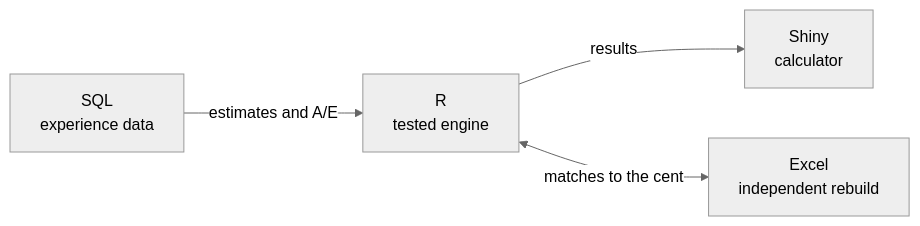
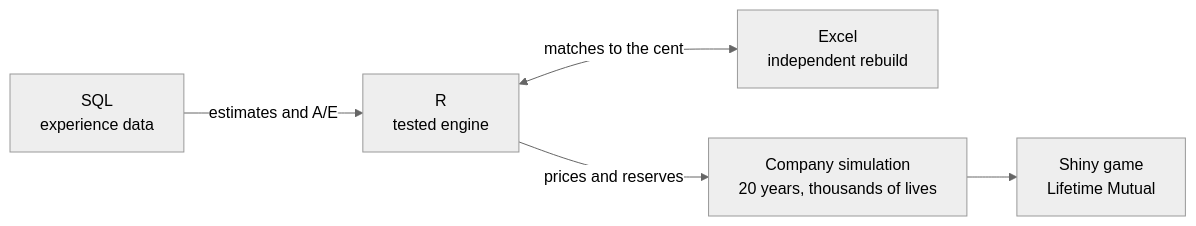
The diagram in README.md (soodpratham10/odds-of-a-lifetime), drawn with Mermaid (neutral theme) before and after one commit. The commit also changed other lines of this file and 6 other files, not shown here.

````diff
--- a/README.md
+++ b/README.md
@@ -39,6 +54,7 @@
 ```mermaid
 flowchart LR
     SQL["SQL<br/>experience data"] -->|"estimates and A/E"| R["R<br/>tested engine"]
-    R -->|"results"| APP["Shiny<br/>calculator"]
     R <-->|"matches to the cent"| XL["Excel<br/>independent rebuild"]
+    R -->|"prices and reserves"| SIM["Company simulation<br/>20 years, thousands of lives"]
+    SIM --> GAME["Shiny game<br/>Lifetime Mutual"]
 ```
````
